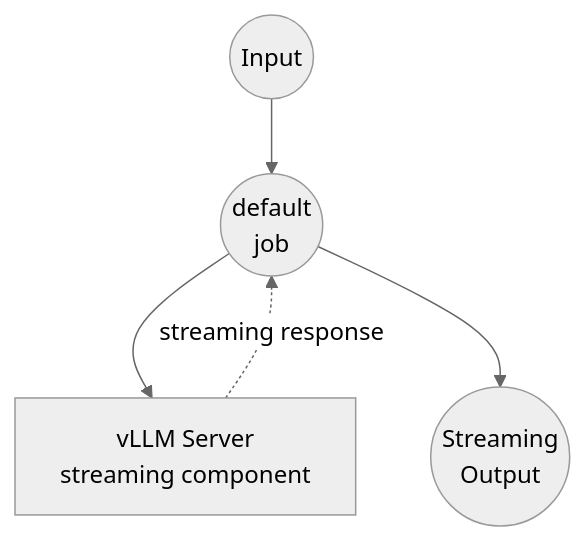
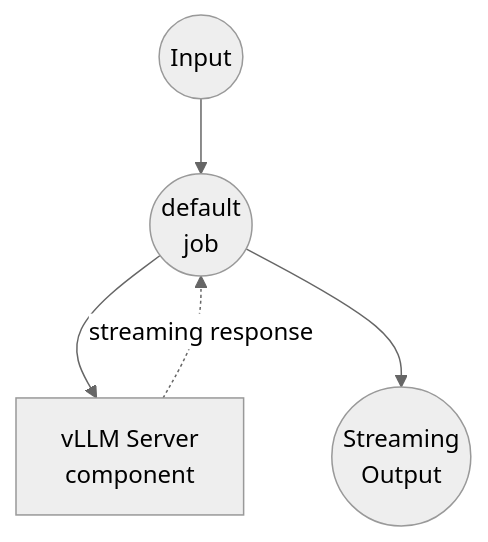
One commit to hanyeol/model-compose changed the diagram in examples/vllm-chat-completion-stream/README.md. Above: the diagram before and after it, drawn with Mermaid (neutral theme). The commit also changed other lines of this file and 24 other files, not shown here.

````diff
--- a/examples/vllm-chat-completion-stream/README.md
+++ b/examples/vllm-chat-completion-stream/README.md
@@ -114,16 +126,16 @@
 ```mermaid
 graph TD
     %% Default job (implicit)
     J1((default<br/>job))
 
     %% Component
-    C1[vLLM Server<br/>streaming component]
+    C1[vLLM Server<br/>component]
 
     %% Job to component connections (solid: invokes, dotted: returns)
     J1 --> C1
     C1 -.-> |streaming response| J1
 
     %% Input/Output
     Input((Input)) --> J1
     J1 --> Output((Streaming<br/>Output))
 ```
````
